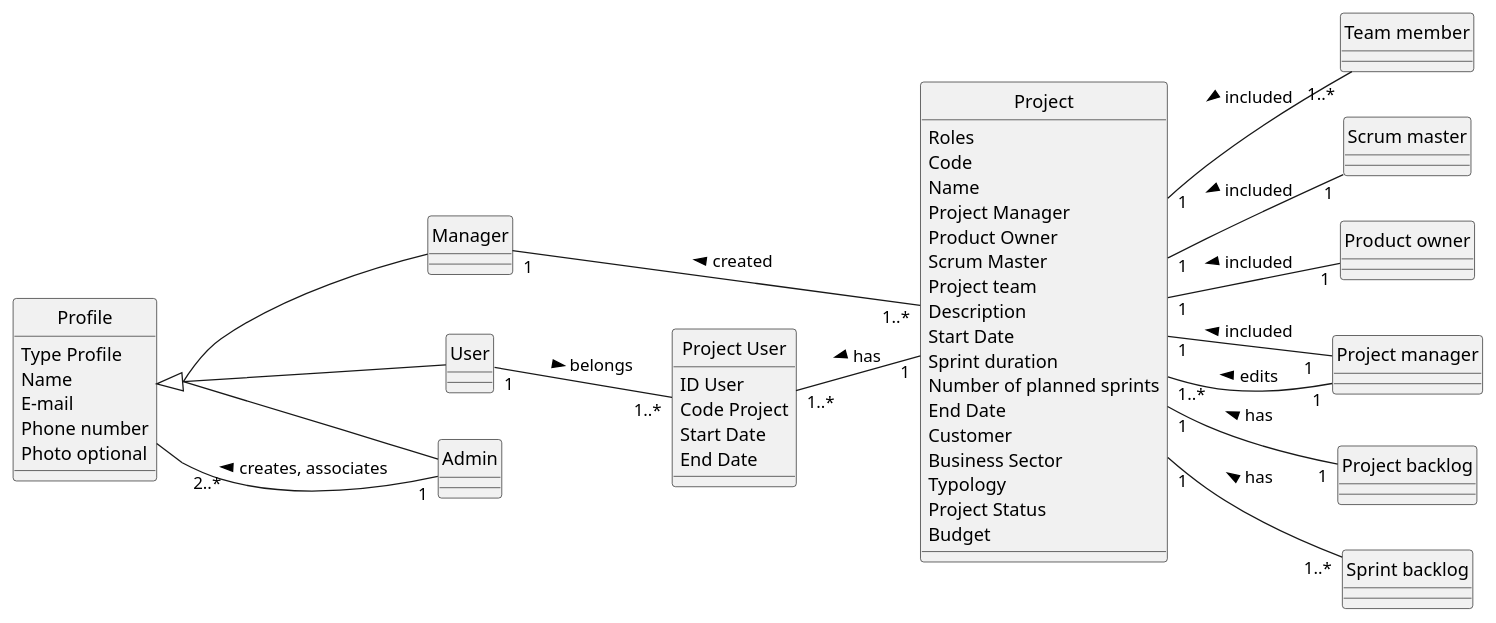
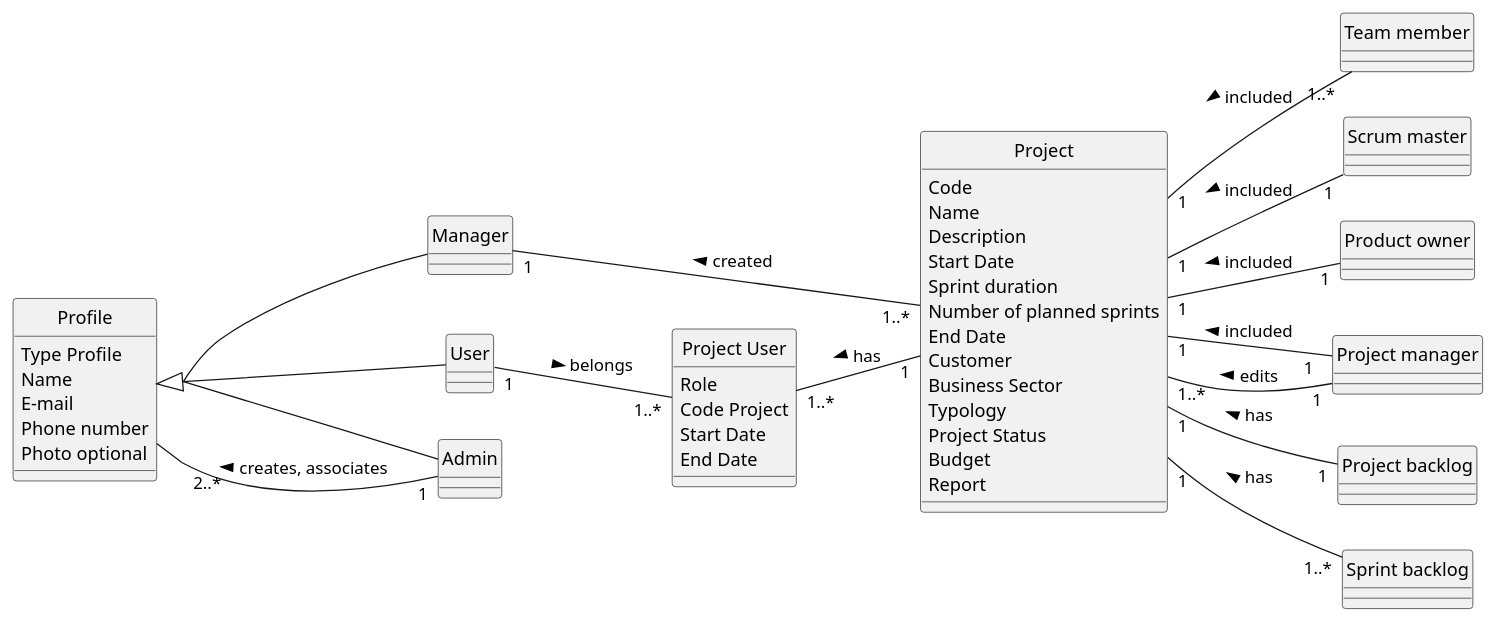
One commit to ivo-menezes/project_g3 changed the diagram in docs/modelling_design/domain_model_diagram/domain_model_diagram.puml. Above: the diagram before and after it, drawn with PlantUML.

Commit message:
Domain Model:Analysis:Correction of Attributes

```diff
--- a/docs/modelling_design/domain_model_diagram/domain_model_diagram.puml
+++ b/docs/modelling_design/domain_model_diagram/domain_model_diagram.puml
@@ -1,56 +1,52 @@
 @startuml
 skinparam style strictuml
 left to right direction
 skinparam groupInheritance 3
 
  class Profile {
    Type Profile
    Name
    E-mail
    Phone number
    Photo optional
  }
 
   class "Project User" {
-  ID User
+  Role
   Code Project
   Start Date
   End Date
   }
 
  class Project{
- Roles
  Code
  Name
- Project Manager
- Product Owner
- Scrum Master
- Project team
  Description
  Start Date
  Sprint duration
  Number of planned sprints
  End Date
  Customer
  Business Sector
  Typology
  Project Status
  Budget
+ Report
 }
 
 Profile <|-- Manager
 Profile <|-- User
 Profile <|-- Admin
 
 Admin "1" -- "2..*" Profile: creates, associates >
 Manager "1"--- "1..*" Project: created <
 User "1" -- "1..*" "Project User": belongs >
 "Project User" "1..*" -- "1" Project : has <
 Project "1" -- "1..*" "Team member": included <
 Project "1" -- "1" "Scrum master": included <
 Project "1" -- "1" "Product owner": included <
 Project "1" -- "1  " "Project manager": included <
 Project "1" -- "1" "Project backlog": has <
 Project "1" -- "1..*" "Sprint backlog": has <
 "Project manager" "1" -- "1..*" Project: edits >
 @enduml
```
